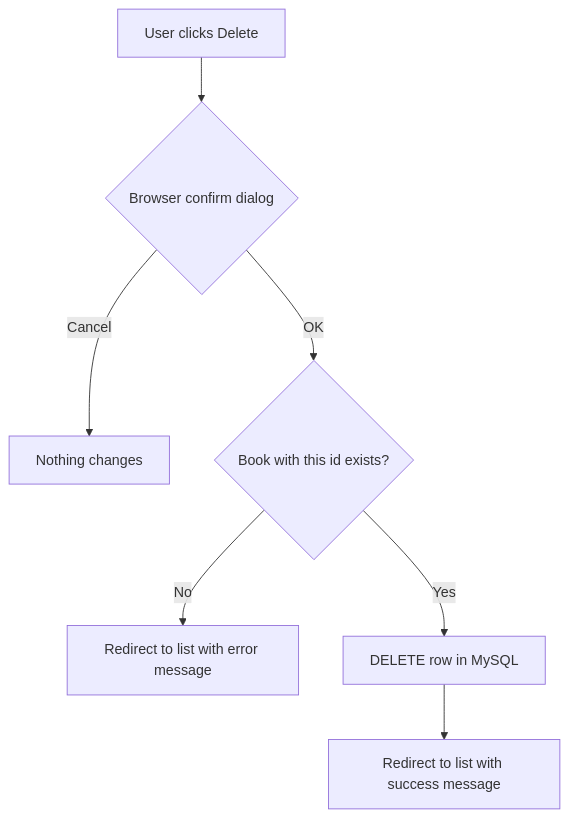
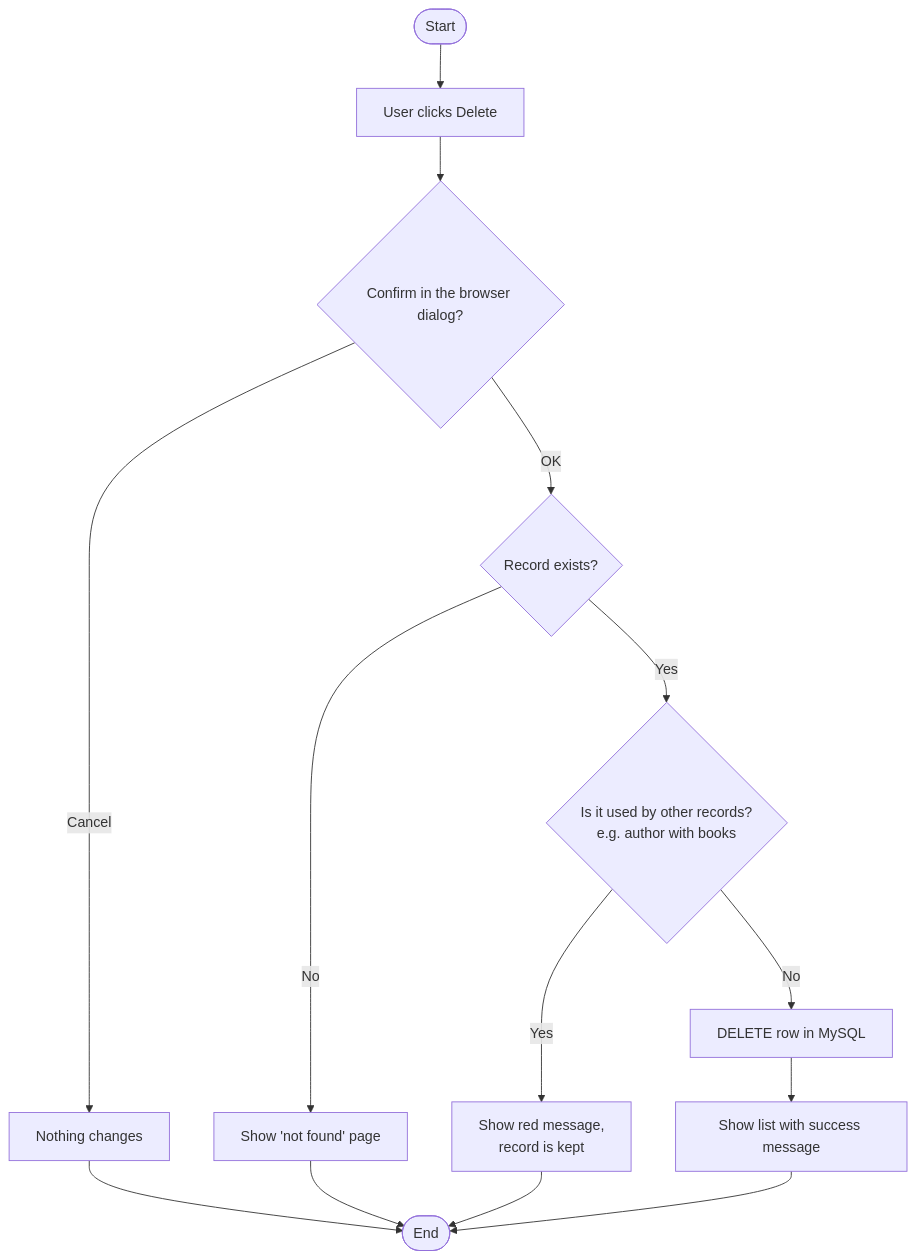
The fifth of 6 diagrams in README.md (olegberz/library-inventory), drawn with Mermaid before and after one commit. The commit also changed other lines of this file, not shown here.

Commit message:
Update README: ER model, closed flowcharts, sequence diagram, test cases

````diff
--- a/README.md
+++ b/README.md
@@ -106,8 +192,16 @@
 ```mermaid
 flowchart TD
-    A[User clicks Delete] --> B{Browser confirm dialog}
+    S([Start]) --> A[User clicks Delete]
+    A --> B{Confirm in the browser dialog?}
     B -- Cancel --> X[Nothing changes]
-    B -- OK --> C{Book with this id exists?}
-    C -- No --> E[Redirect to list with error message]
-    C -- Yes --> D[DELETE row in MySQL] --> F[Redirect to list with success message]
+    X --> Z([End])
+    B -- OK --> C{Record exists?}
+    C -- No --> E1[Show 'not found' page]
+    E1 --> Z
+    C -- Yes --> D{Is it used by other records?<br/>e.g. author with books}
+    D -- Yes --> E2[Show red message,<br/>record is kept]
+    E2 --> Z
+    D -- No --> F[DELETE row in MySQL]
+    F --> G[Show list with success message]
+    G --> Z
 ```
````
